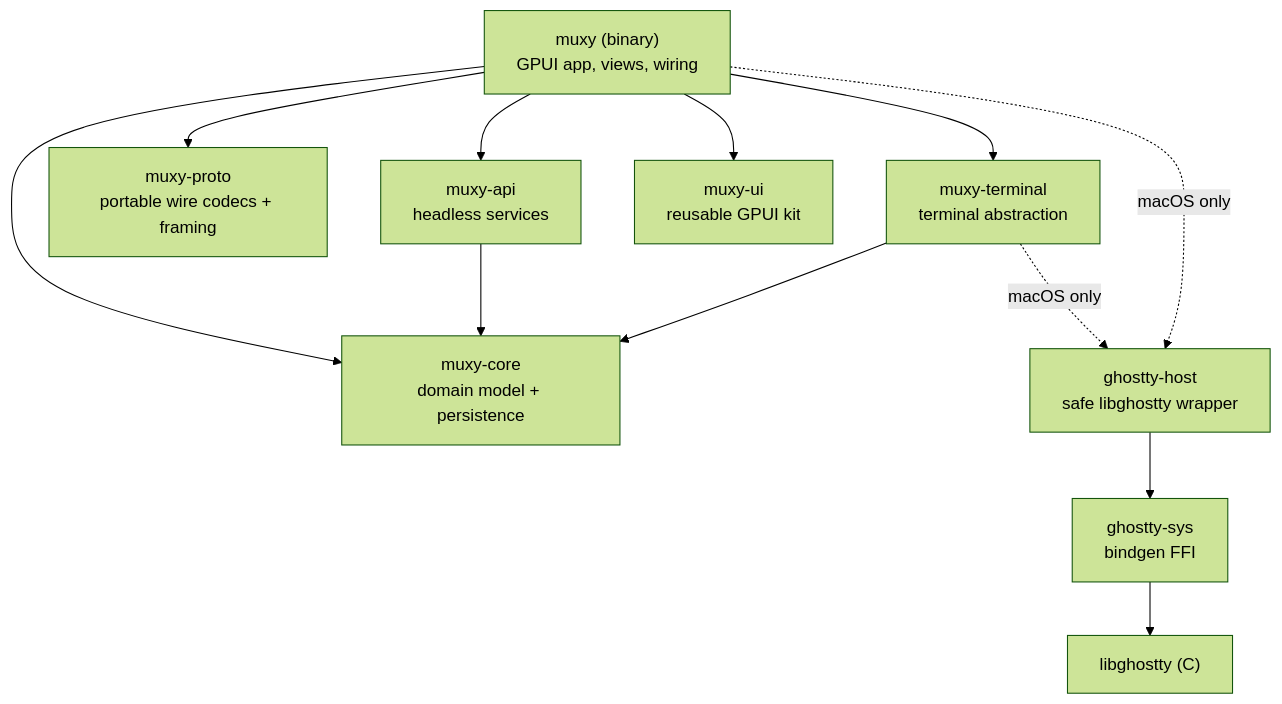
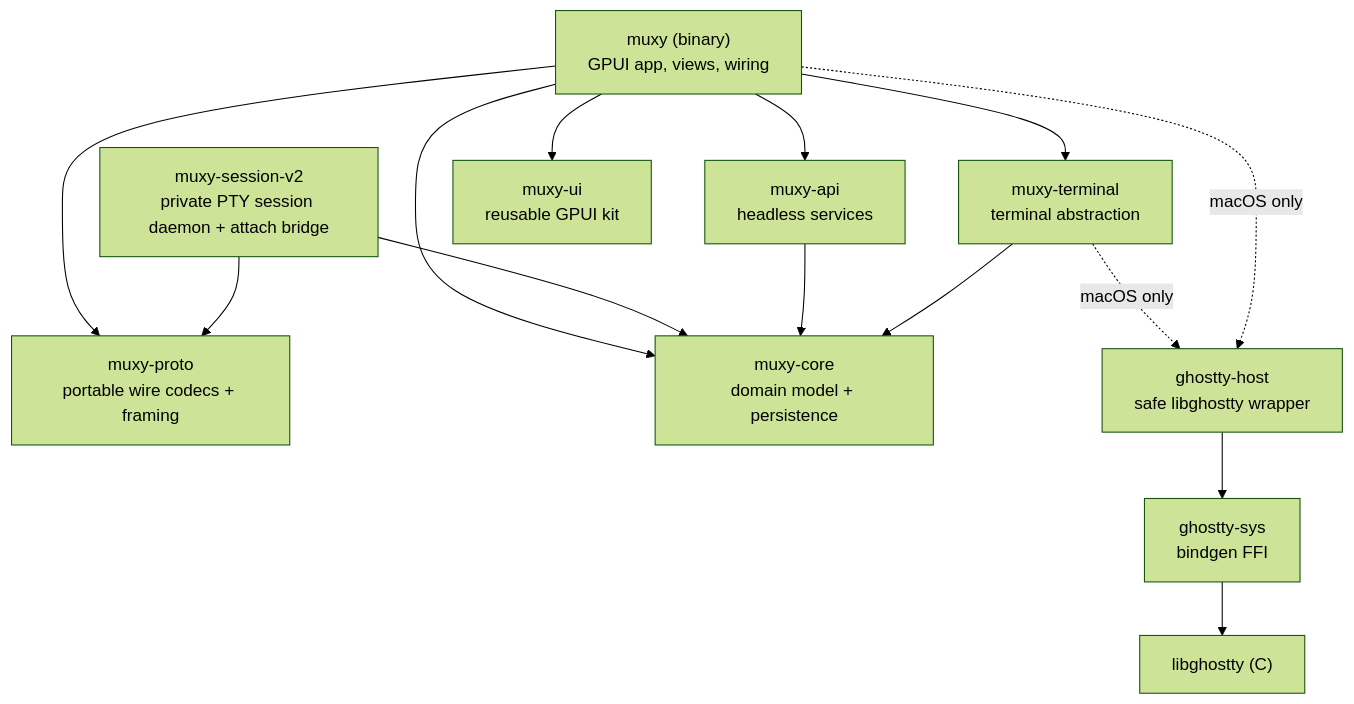
One commit to muxy-app/muxy changed the first of 13 diagrams in ARCHITECTURE.md. Above: the diagram before and after it, drawn with Mermaid (forest theme). The commit also changed other lines of this file and 30 other files, not shown here.

````diff
--- a/ARCHITECTURE.md
+++ b/ARCHITECTURE.md
@@ -7,23 +7,26 @@
 ```mermaid
 flowchart TD
     muxy["muxy (binary)\nGPUI app, views, wiring"]
     api["muxy-api\nheadless services"]
     proto["muxy-proto\nportable wire codecs + framing"]
+    session["muxy-session-v2\nprivate PTY session daemon + attach bridge"]
     core["muxy-core\ndomain model + persistence"]
     term["muxy-terminal\nterminal abstraction"]
     ui["muxy-ui\nreusable GPUI kit"]
     host["ghostty-host\nsafe libghostty wrapper"]
     sys["ghostty-sys\nbindgen FFI"]
 
     muxy --> api
     muxy --> proto
     muxy --> term
     muxy --> ui
     muxy --> core
+    session --> proto
+    session --> core
     api --> core
     term --> core
     term -. macOS only .-> host
     muxy -. macOS only .-> host
     host --> sys
     sys --> lib["libghostty (C)"]
 ```
````
